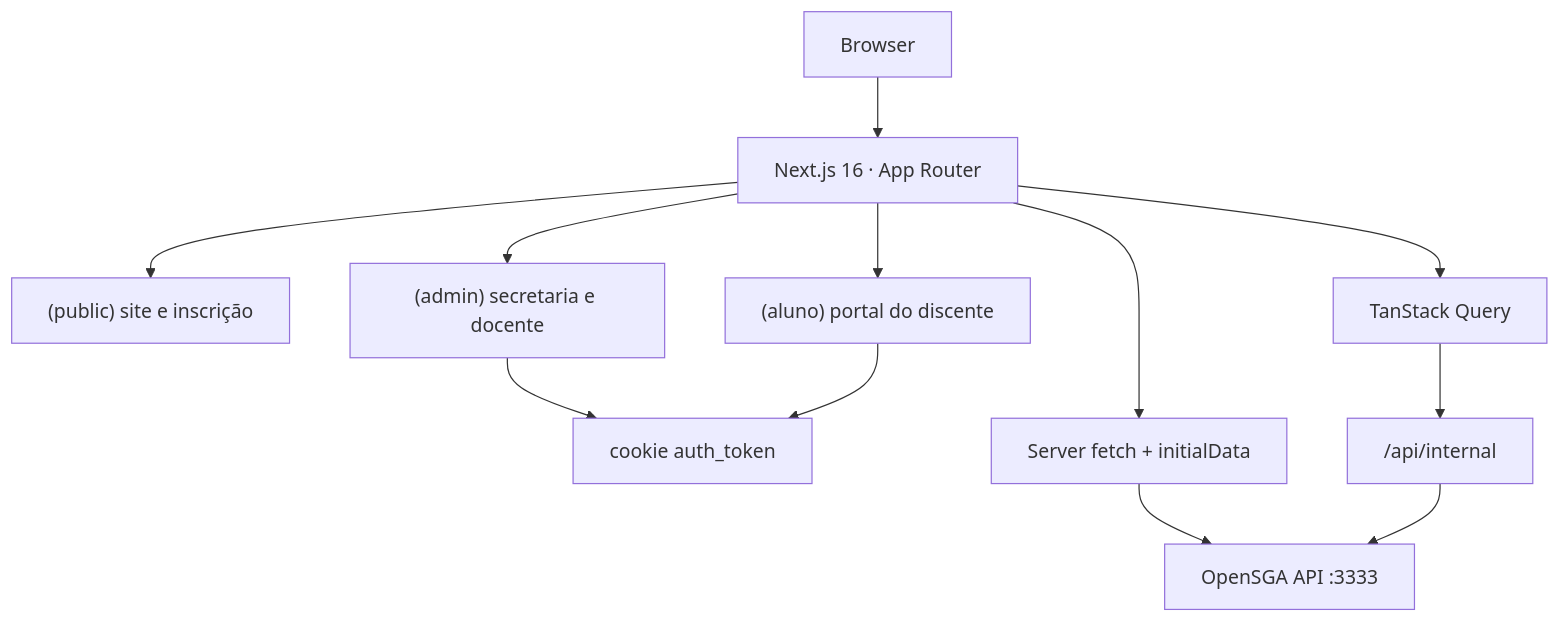
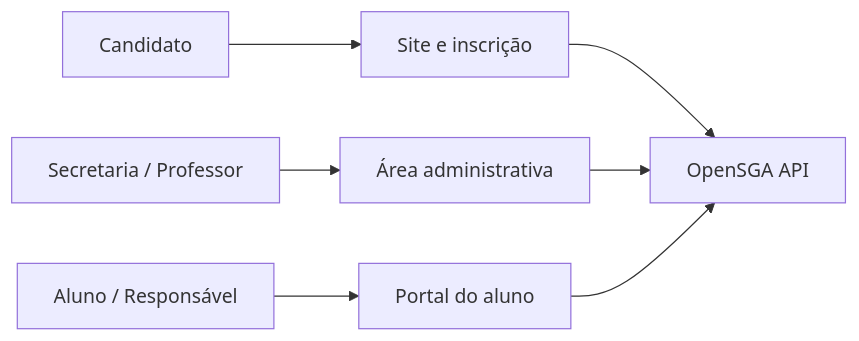
One commit to luizengdev/opensga-frontend changed the diagram in README.md. Above: the diagram before and after it, drawn with Mermaid. The commit also changed other lines of this file and 2 other files, not shown here.

Commit message:
docs: update README to clarify project scope and portal features

````diff
--- a/README.md
+++ b/README.md
@@ -50,14 +111,9 @@
 ```mermaid
-flowchart TB
-  Browser[Browser] --> Next[Next.js 16 · App Router]
-  Next --> Public["(public) site e inscrição"]
-  Next --> Admin["(admin) secretaria e docente"]
-  Next --> Aluno["(aluno) portal do discente"]
-  Admin --> Cookie[cookie auth_token]
-  Aluno --> Cookie
-  Next --> RSC[Server fetch + initialData]
-  Next --> Client[TanStack Query]
-  Client --> Proxy["/api/internal"]
-  RSC --> API[OpenSGA API :3333]
-  Proxy --> API
+flowchart LR
+  Visitante[Candidato] --> Public[Site e inscrição]
+  Secretaria[Secretaria / Professor] --> Admin[Área administrativa]
+  Discente[Aluno / Responsável] --> Portal[Portal do aluno]
+  Public --> API[OpenSGA API]
+  Admin --> API
+  Portal --> API
 ```
````
